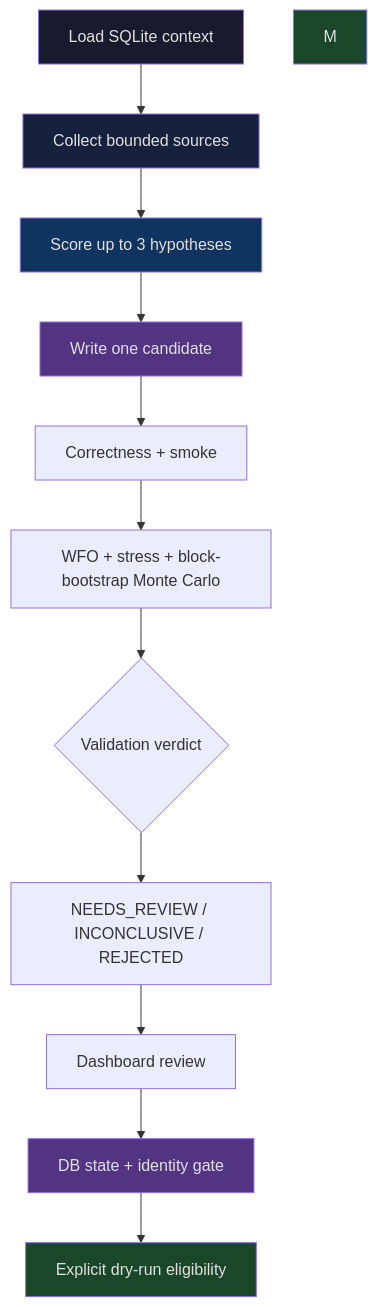
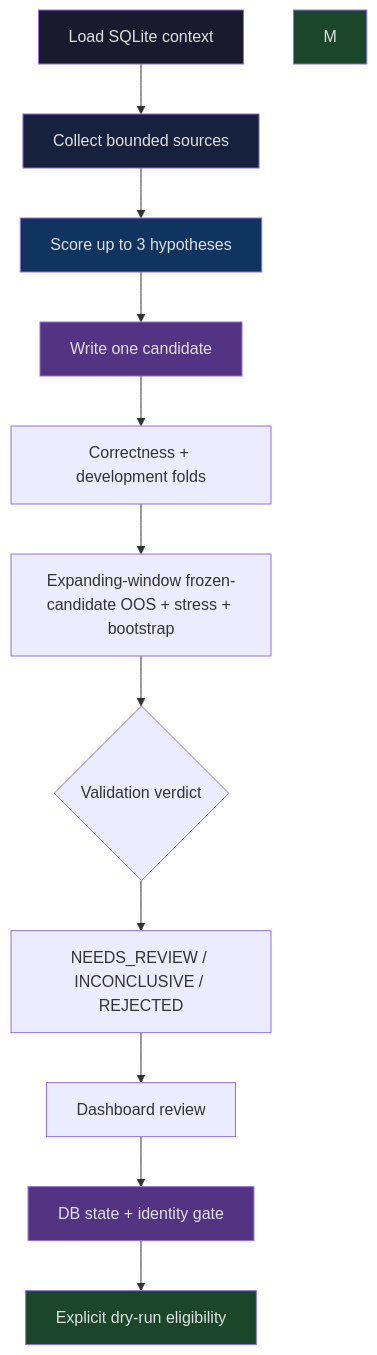
One commit to ltdthanhdat/freqtrade-auto-trading-research changed the first of 2 diagrams in README.md. Above: the diagram before and after it, drawn with Mermaid. The commit also changed other lines of this file and 6 other files, not shown here.

````diff
--- a/README.md
+++ b/README.md
@@ -42,21 +42,21 @@
 ```mermaid
 flowchart TD
     A[Load SQLite context] --> B[Collect bounded sources]
     B --> C[Score up to 3 hypotheses]
     C --> D[Write one candidate]
-    D --> E[Correctness + smoke]
-    E --> F[WFO + stress + block-bootstrap Monte Carlo]
+    D --> E[Correctness + development folds]
+    E --> F[Expanding-window frozen-candidate OOS + stress + bootstrap]
     F --> G{Validation verdict}
     G --> H[NEEDS_REVIEW / INCONCLUSIVE / REJECTED]
     H --> I[Dashboard review]
     I --> J[DB state + identity gate]
     J --> K[Explicit dry-run eligibility]
 
     style A fill:#1a1a2e,color:#e0e0e0
     style B fill:#16213e,color:#e0e0e0
     style C fill:#0f3460,color:#e0e0e0
     style D fill:#533483,color:#e0e0e0
     style J fill:#533483,color:#e0e0e0
     style K fill:#1a472a,color:#e0e0e0
     style M fill:#1a472a,color:#e0e0e0
 ```
````
